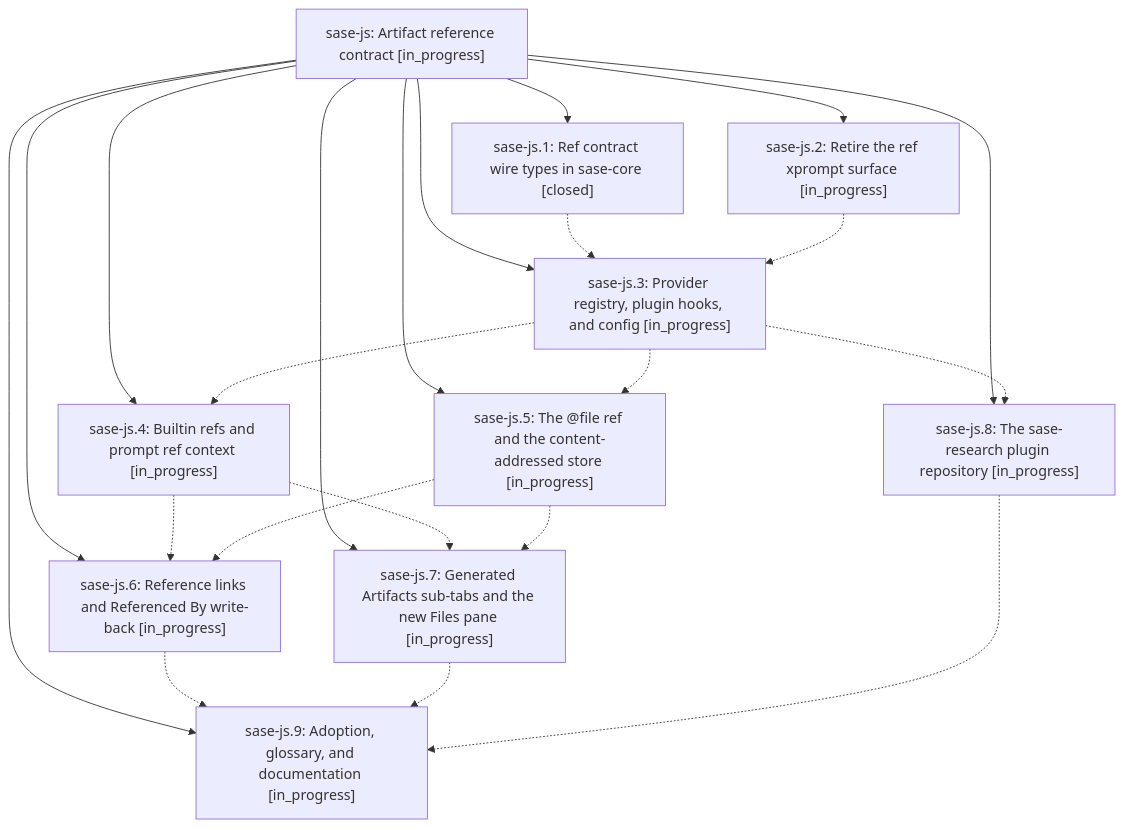
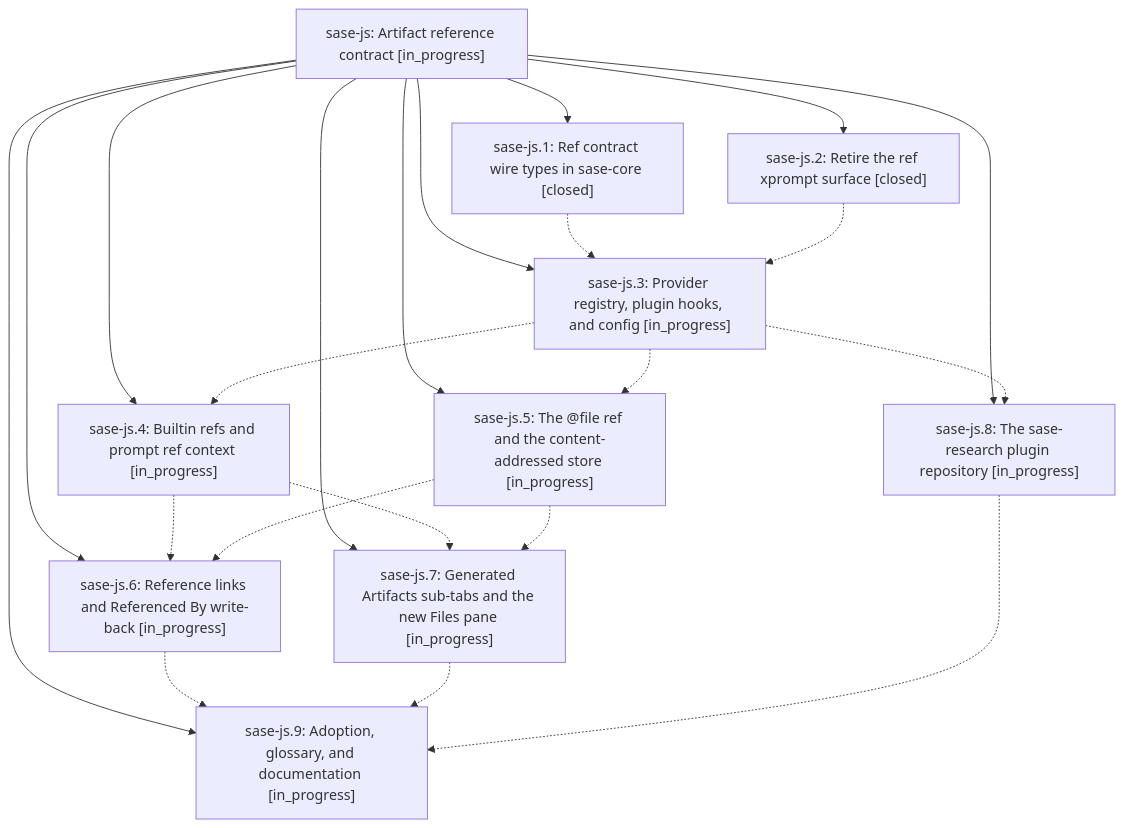
The diagram in pages/sase-js/README.md (sase-org/sase--beads), drawn with Mermaid before and after one commit. The commit also changed other lines of this file and 3 other files, not shown here.

````diff
--- a/pages/sase-js/README.md
+++ b/pages/sase-js/README.md
@@ -30,34 +30,34 @@
 ```mermaid
 flowchart TD
     n0["sase-js: Artifact reference contract [in_progress]"]
     n1["sase-js.1: Ref contract wire types in sase-core [closed]"]
-    n2["sase-js.2: Retire the ref xprompt surface [in_progress]"]
+    n2["sase-js.2: Retire the ref xprompt surface [closed]"]
     n3["sase-js.3: Provider registry, plugin hooks, and config [in_progress]"]
     n4["sase-js.4: Builtin refs and prompt ref context [in_progress]"]
     n5["sase-js.5: The @file ref and the content-addressed store [in_progress]"]
     n6["sase-js.6: Reference links and Referenced By write-back [in_progress]"]
     n7["sase-js.7: Generated Artifacts sub-tabs and the new Files pane [in_progress]"]
     n8["sase-js.8: The sase-research plugin repository [in_progress]"]
     n9["sase-js.9: Adoption, glossary, and documentation [in_progress]"]
     n0 --> n1
     n0 --> n2
     n0 --> n3
     n0 --> n4
     n0 --> n5
     n0 --> n6
     n0 --> n7
     n0 --> n8
     n0 --> n9
     n1 -.-> n3
     n2 -.-> n3
     n3 -.-> n4
     n3 -.-> n5
     n3 -.-> n8
     n4 -.-> n6
     n4 -.-> n7
     n5 -.-> n6
     n5 -.-> n7
     n6 -.-> n9
     n7 -.-> n9
     n8 -.-> n9
 ```
````
